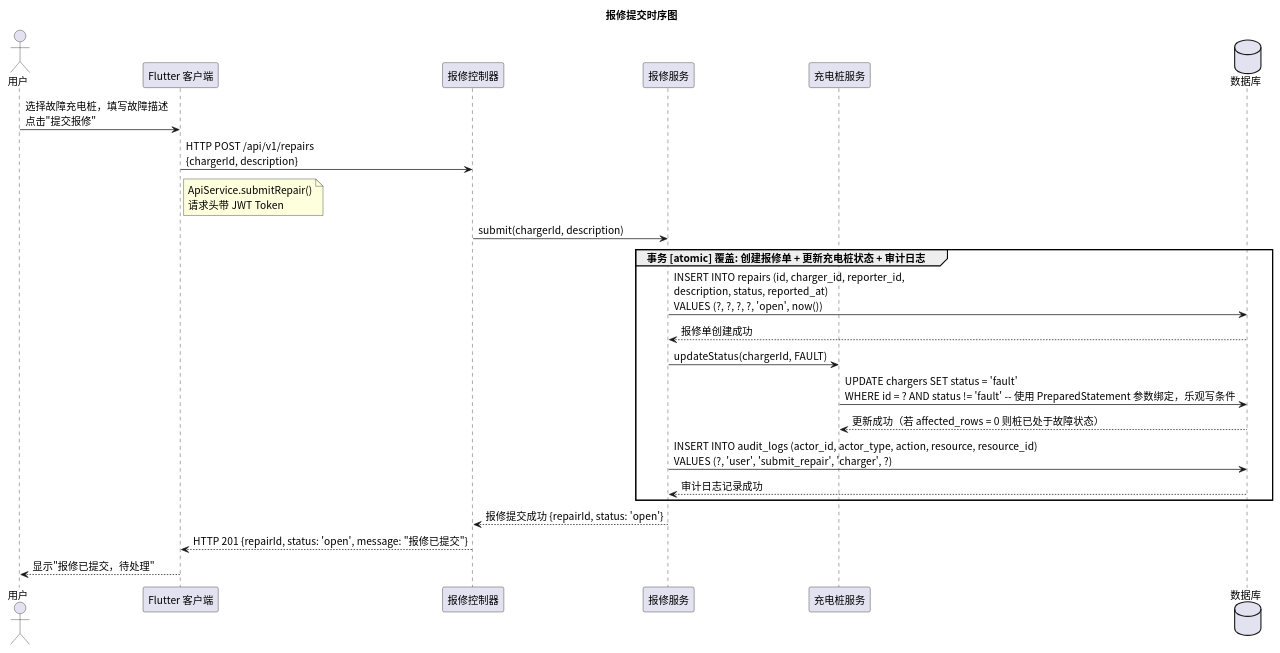
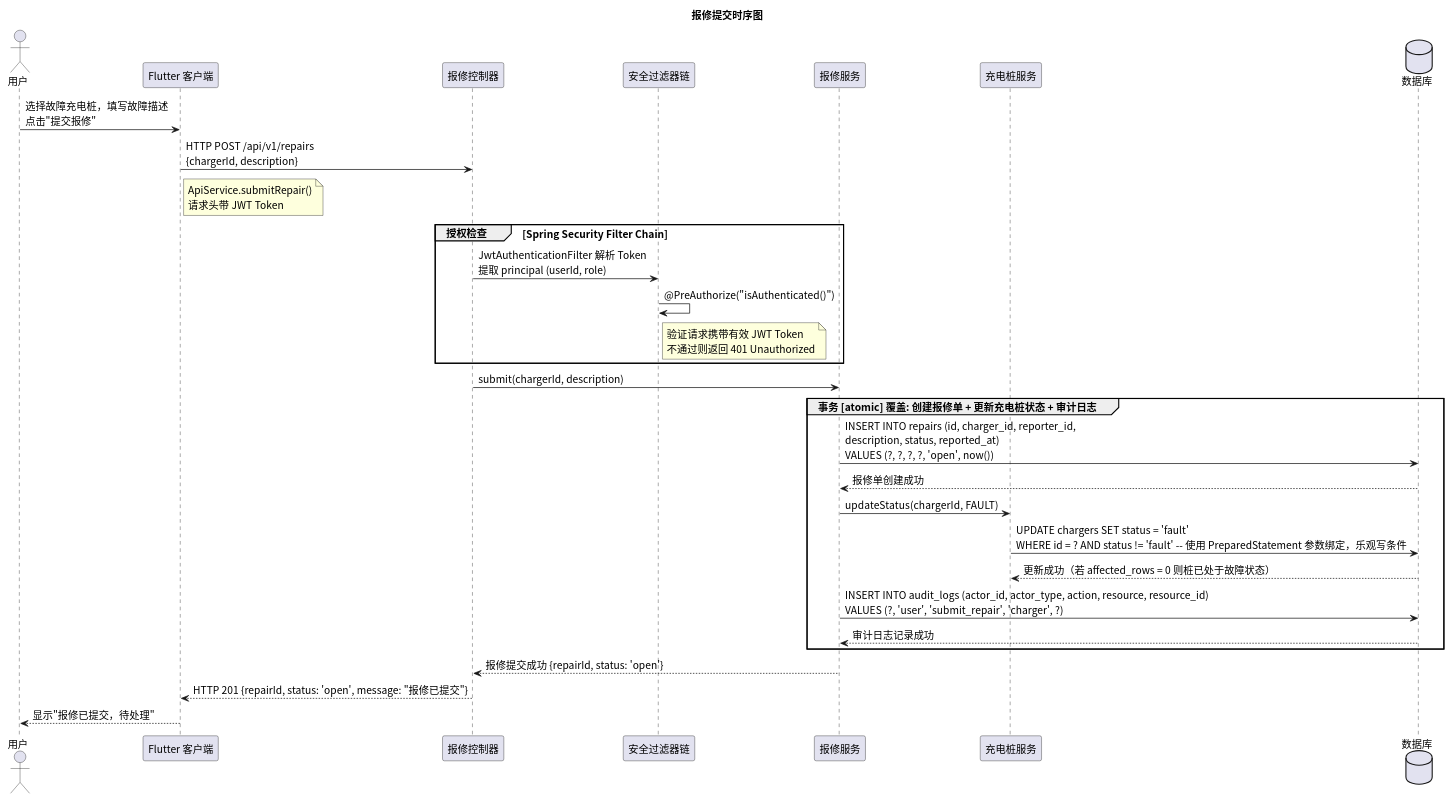
Before and after one commit to greenhandzdl/charging-station-doc: the diagram in time/src/sequence_repair_submit.puml, drawn with PlantUML. The commit also changed 16 other files, not shown here.

First line of the commit message:
fix: 架构与安全评估修复 — 类图/用例图/时序图/数据库一致性补全

```diff
--- a/time/src/sequence_repair_submit.puml
+++ b/time/src/sequence_repair_submit.puml
@@ -1,35 +1,43 @@
 @startuml
 skinparam defaultFontName "Noto Sans CJK SC"
 skinparam defaultFontSize 14
 title 报修提交时序图
 
 ' 所有 SQL 操作使用 PreparedStatement 参数绑定，禁止字符串拼接
 actor 用户 as U
 participant "Flutter 客户端" as FE
 participant "报修控制器" as Ctrl
+participant "安全过滤器链" as Security
 participant "报修服务" as RS
 participant "充电桩服务" as CS
 database 数据库 as DB
 
 U -> FE: 选择故障充电桩，填写故障描述\n点击"提交报修"
 FE -> Ctrl: HTTP POST /api/v1/repairs\n{chargerId, description}
 note right FE : ApiService.submitRepair()\n请求头带 JWT Token
+
+group 授权检查 [Spring Security Filter Chain]
+  Ctrl -> Security: JwtAuthenticationFilter 解析 Token\n提取 principal (userId, role)
+
+  Security -> Security: @PreAuthorize("isAuthenticated()")
+  note right Security : 验证请求携带有效 JWT Token\n不通过则返回 401 Unauthorized
+end
 
 Ctrl -> RS: submit(chargerId, description)
 
 group 事务 [atomic] 覆盖: 创建报修单 + 更新充电桩状态 + 审计日志
   RS -> DB: INSERT INTO repairs (id, charger_id, reporter_id,\ndescription, status, reported_at)\nVALUES (?, ?, ?, ?, 'open', now())
   DB --> RS: 报修单创建成功
 
   RS -> CS: updateStatus(chargerId, FAULT)
   CS -> DB: UPDATE chargers SET status = 'fault'\nWHERE id = ? AND status != 'fault' -- 使用 PreparedStatement 参数绑定，乐观写条件
   DB --> CS: 更新成功（若 affected_rows = 0 则桩已处于故障状态）
 
   RS -> DB: INSERT INTO audit_logs (actor_id, actor_type, action, resource, resource_id)\nVALUES (?, 'user', 'submit_repair', 'charger', ?)
   DB --> RS: 审计日志记录成功
 end
 
 RS --> Ctrl: 报修提交成功 {repairId, status: 'open'}
 Ctrl --> FE: HTTP 201 {repairId, status: 'open', message: "报修已提交"}
 FE --> U: 显示"报修已提交，待处理"
 @enduml
```
